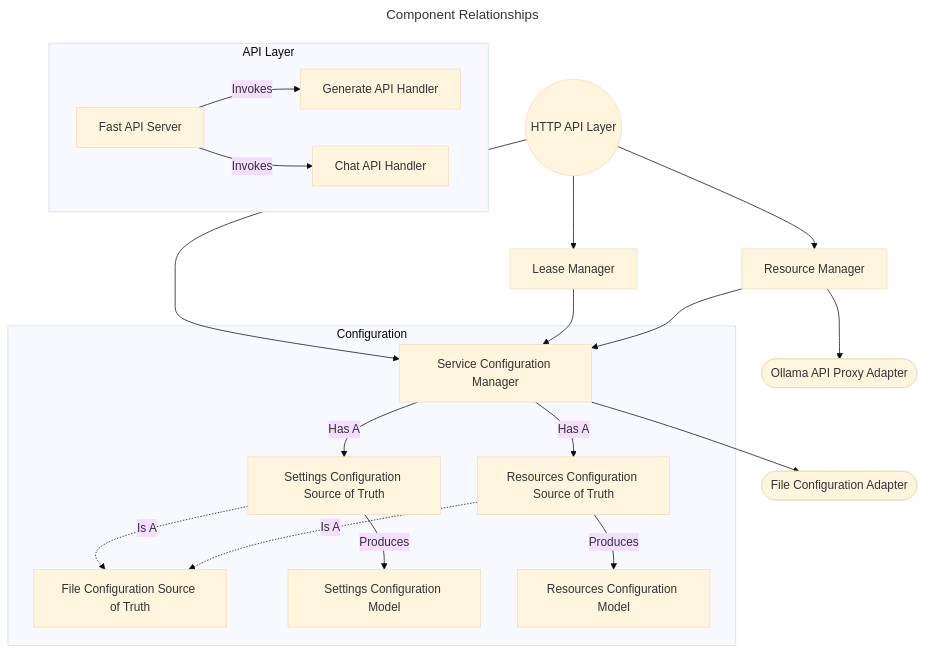
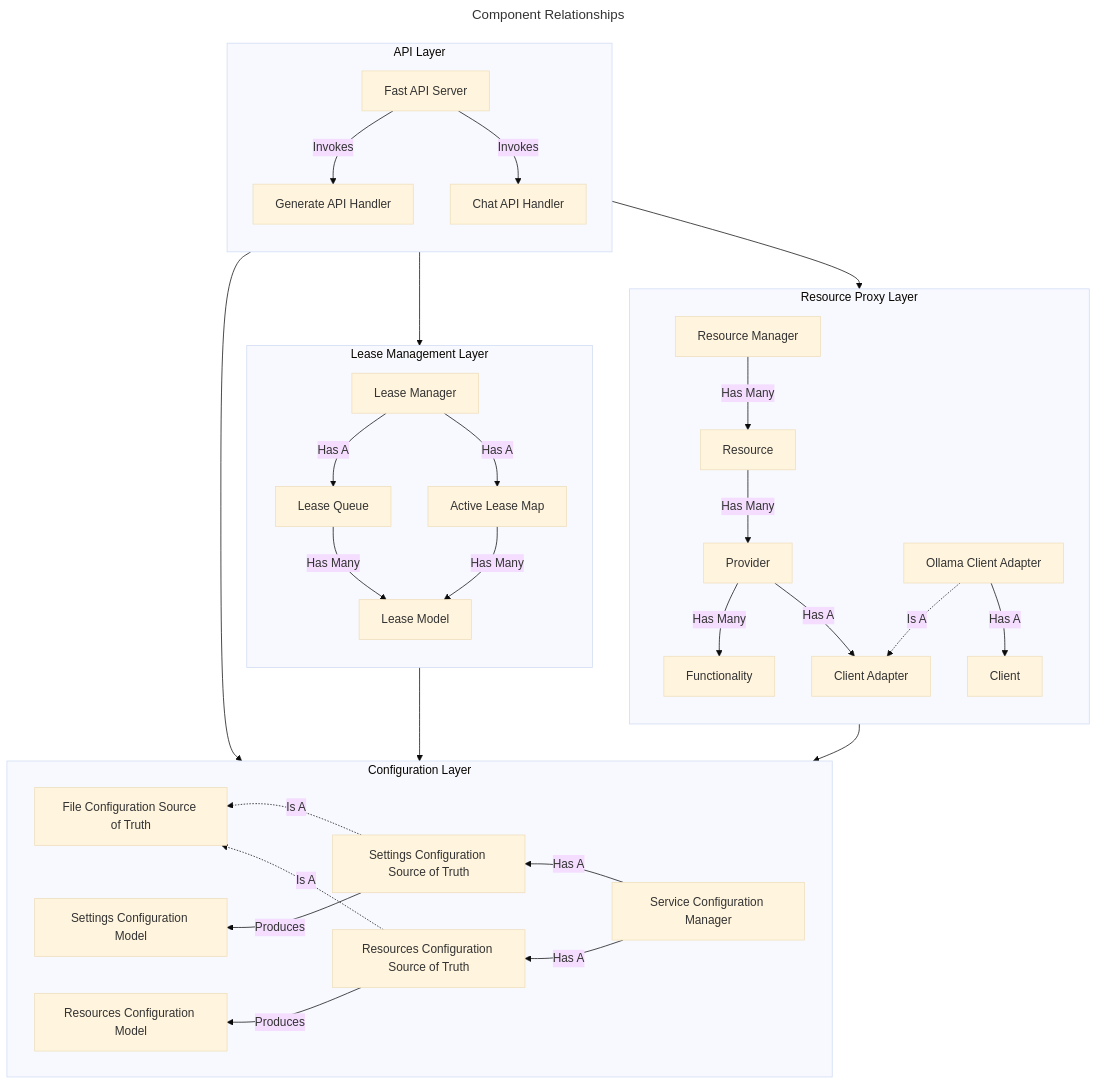
The diagram in docs/releases/release-v0.1.0.md (emerycomstock/LLMutex), drawn with Mermaid (base theme) before and after one commit. The commit also changed other lines of this file, not shown here.

Commit message:
[docs] Removing outdated descriptions

````diff
--- a/docs/releases/release-v0.1.0.md
+++ b/docs/releases/release-v0.1.0.md
@@ -385,49 +385,75 @@
 ```mermaid
 ---
 title: Component Relationships
 ---
 flowchart
-    file-config-adapter([File Configuration Adapter])
-    
-    http-api((HTTP API Layer))
-    resource-manager[Resource Manager]
-    ollama-proxy-adapter([Ollama API Proxy Adapter])
-    lease-manager[Lease Manager]
 
-    subgraph API Layer
+    subgraph api-layer [API Layer]
+        direction TB
+
         fast-api-server[Fast API Server]
         generate-api-handler[Generate API Handler]
         chat-api-handler[Chat API Handler]
 
         fast-api-server -- Invokes --> generate-api-handler
         fast-api-server -- Invokes --> chat-api-handler
     end
 
-    subgraph Configuration
+    subgraph config-layer [Configuration Layer]
+        direction RL
+
         config-manager[Service Configuration Manager]
         settings-sot[Settings Configuration Source of Truth]
         resources-sot[Resources Configuration Source of Truth]
         file-sot[File Configuration Source of Truth]
 
         settings-model[Settings Configuration Model]
         resources-model[Resources Configuration Model]
 
         config-manager -- Has A --> settings-sot
         config-manager -- Has A --> resources-sot
         settings-sot -. Is A .-> file-sot
         settings-sot -- Produces --> settings-model
         resources-sot -. Is A .-> file-sot
         resources-sot -- Produces --> resources-model
     end
 
-    http-api --> lease-manager
-    http-api --> resource-manager
-    http-api --> config-manager
-    
-    lease-manager --> config-manager
+    subgraph lease-management-layer [Lease Management Layer]
+        direction TB
 
-    resource-manager --> ollama-proxy-adapter
-    resource-manager --> config-manager
+        lease-manager[Lease Manager]
+        lease-queue[Lease Queue]
+        lease-map[Active Lease Map]
+        lease-model[Lease Model]
 
-    config-manager --> file-config-adapter
+        lease-manager -- Has A --> lease-queue
+        lease-manager -- Has A --> lease-map
+        lease-queue -- Has Many --> lease-model
+        lease-map -- Has Many --> lease-model
+    end
+
+    subgraph resource-proxy-layer [Resource Proxy Layer]
+        direction TB
+
+        resource-manager[Resource Manager]
+        resource[Resource]
+        provider[Provider]
+        functionality[Functionality]
+        client-adapter[Client Adapter]
+        ollama-client-adapter[Ollama Client Adapter]
+        ollama-client[Client]
+
+        resource-manager -- Has Many --> resource
+        resource -- Has Many --> provider
+        provider -- Has Many --> functionality
+        provider -- Has A --> client-adapter
+        ollama-client-adapter -. Is A .-> client-adapter
+        ollama-client-adapter -- Has A --> ollama-client
+    end
+
+    api-layer --> config-layer
+    api-layer --> lease-management-layer
+    api-layer --> resource-proxy-layer
+    lease-management-layer --> config-layer
+    resource-proxy-layer --> config-layer
 ```
````
